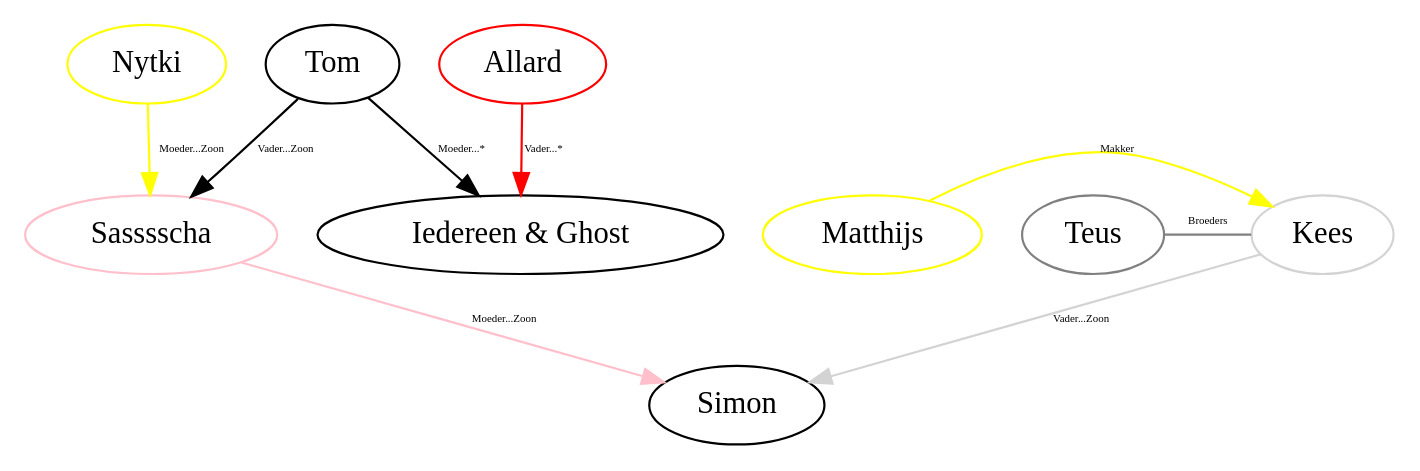
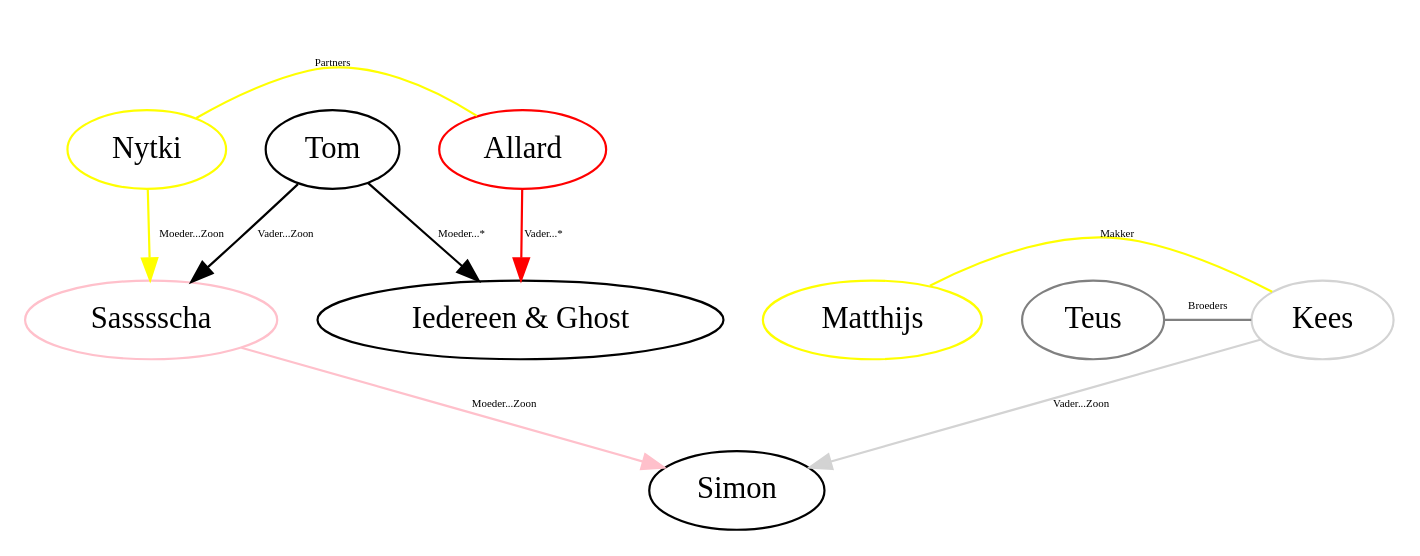
The diagram in graphs/family.dot (Abyss-mal-Graphics/Graphs.dot), drawn with Graphviz before and after one commit.

Commit message:
Update family.dot
Nytki->Allard partners

```diff
--- a/graphs/family.dot
+++ b/graphs/family.dot
@@ -1,64 +1,65 @@
 digraph {
     edge [fontsize=5];
     Iedereen [label="Iedereen & Ghost"];
 
     subgraph Zoomers {
         rank = same;
         Kees;
         Teus;
         Sas;
         Matthijs;
     }
 
     subgraph Millenials {
         rank = same;
         Nytki;
         Tom;
         Allard;
     }
 
     subgraph Tom {
         edge [color=black];
         Tom;
         Tom -> Sas [label="Vader...Zoon"];
         Tom->Iedereen [label="Moeder...*"];
     }
 
     subgraph Sas {
         edge [color=pink];
         Sas [color=pink label="Sasssscha"];
         Sas -> Simon [label="Moeder...Zoon"];
     }
 
     subgraph Kees {
         edge [color=lightgrey];
         Kees [color=lightgrey];
         Kees->Simon [label="Vader...Zoon"];
     }
 
     subgraph Teus {
         edge [color=grey];
         Teus [color=grey];
         Teus->Kees [label="Broeders" dir="none"];
     }
 
     subgraph Allard {
         edge [color=red];
         Allard [color=red];
         Allard->Iedereen [label="Vader...*"];
     }
     
     subgraph Matthijs{
         edge [color=yellow];
         Matthijs [color=yellow];
-        Matthijs->Kees [label="Makker"];
+        Matthijs->Kees [label="Makker" dir="none"];
     
     }
     
     subgraph Nytki{
         edge [color=yellow];
         Nytki [color=yellow];
         Nytki->Sas [label="Moeder...Zoon"];
+        Nytki->Allard [label="Partners" dir="none"];
     
     }
 }
```
